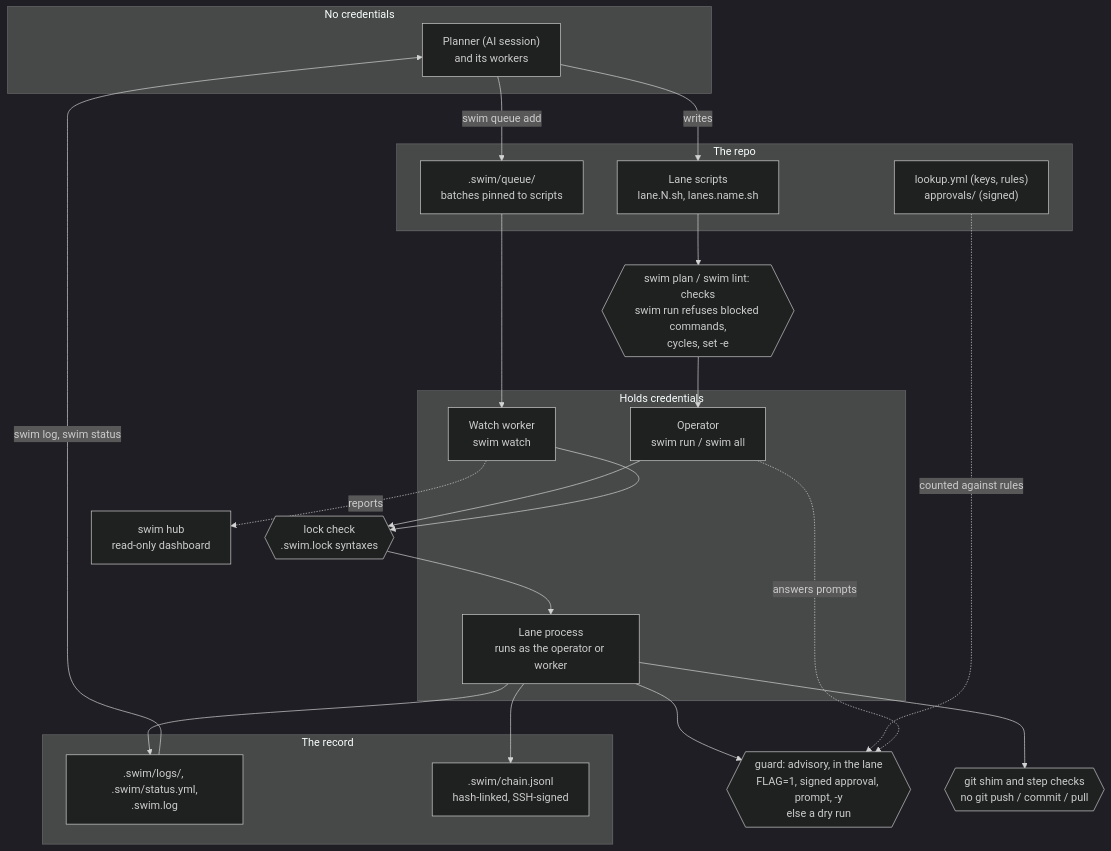
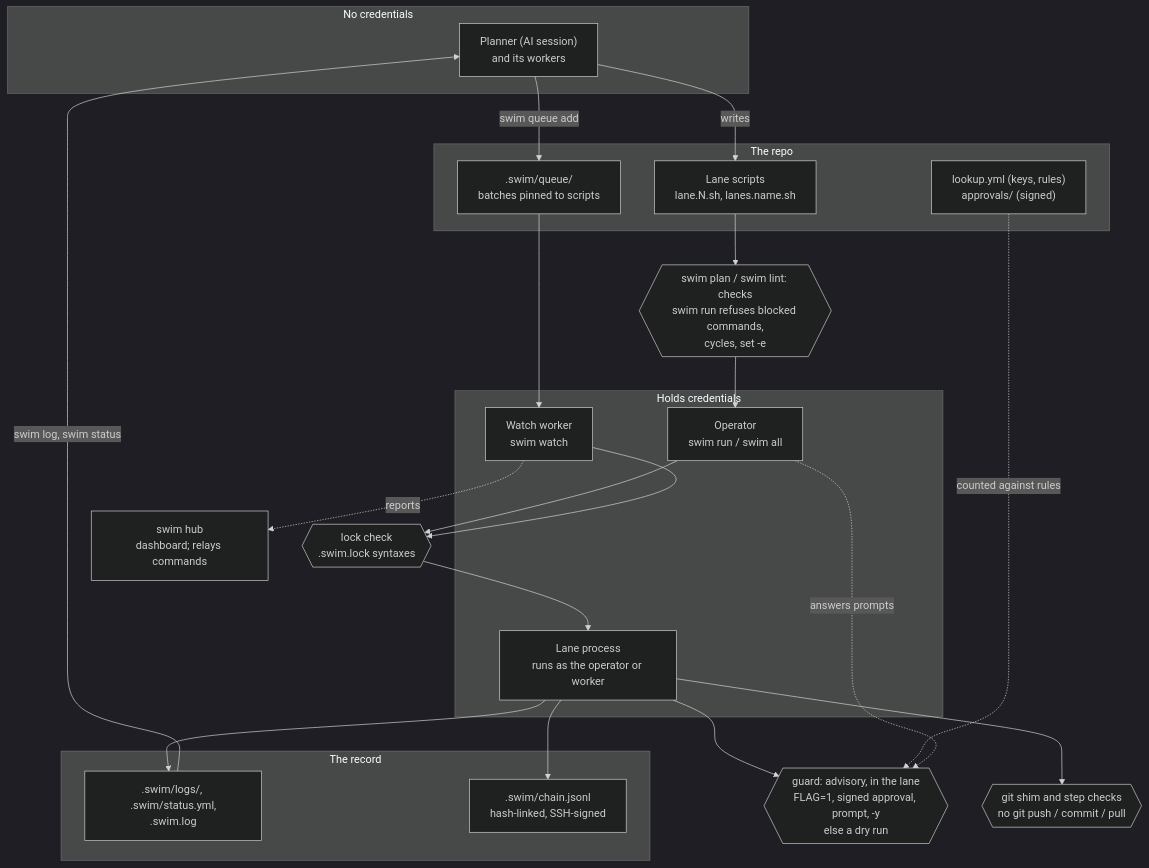
One commit to gates-brightly/swimlane changed the diagram in README.md. Above: the diagram before and after it, drawn with Mermaid (dark theme). The commit also changed other lines of this file and 30 other files, not shown here.

First line of the commit message:
hub: users, sessions and commands for headless workers (H2)

````diff
--- a/README.md
+++ b/README.md
@@ -150,38 +150,38 @@
 ```mermaid
 flowchart TD
   subgraph nocreds["No credentials"]
     P["Planner (AI session)<br/>and its workers"]
   end
   subgraph repo["The repo"]
     L["Lane scripts<br/>lane.N.sh, lanes.name.sh"]
     K["lookup.yml (keys, rules)<br/>approvals/ (signed)"]
     Q[".swim/queue/<br/>batches pinned to scripts"]
   end
   subgraph creds["Holds credentials"]
     O["Operator<br/>swim run / swim all"]
     W["Watch worker<br/>swim watch"]
     X["Lane process<br/>runs as the operator or worker"]
   end
   subgraph record["The record"]
     S[".swim/logs/, .swim/status.yml,<br/>.swim.log"]
     C[".swim/chain.jsonl<br/>hash-linked, SSH-signed"]
   end
-  H["swim hub<br/>read-only dashboard"]
+  H["swim hub<br/>dashboard; relays commands"]
 
   P -->|writes| L
   P -->|swim queue add| Q
   L --> PL{{"swim plan / swim lint: checks<br/>swim run refuses blocked commands,<br/>cycles, set -e"}}
   PL --> O
   Q --> W
   O --> LK{{"lock check<br/>.swim.lock syntaxes"}}
   W --> LK
   LK --> X
   X --> G{{"guard: advisory, in the lane<br/>FLAG=1, signed approval, prompt, -y<br/>else a dry run"}}
   K -.->|counted against rules| G
   O -.->|answers prompts| G
   X --> SH{{"git shim and step checks<br/>no git push / commit / pull"}}
   X --> S
   X --> C
   S -->|swim log, swim status| P
   W -.->|reports| H
 ```
````
